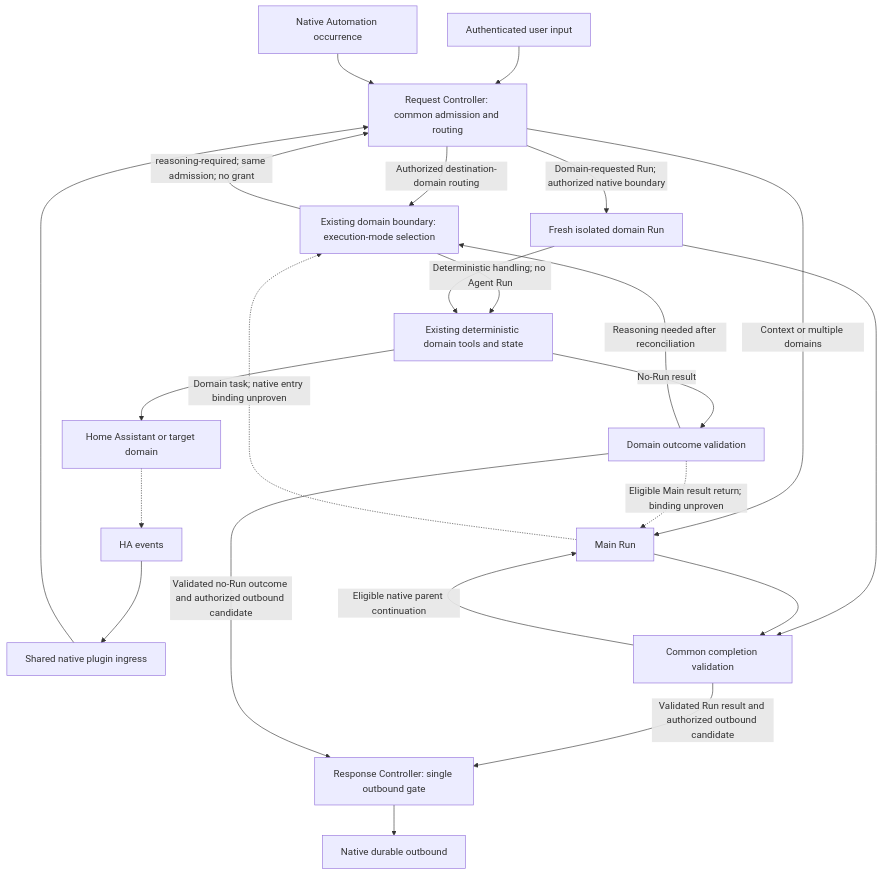
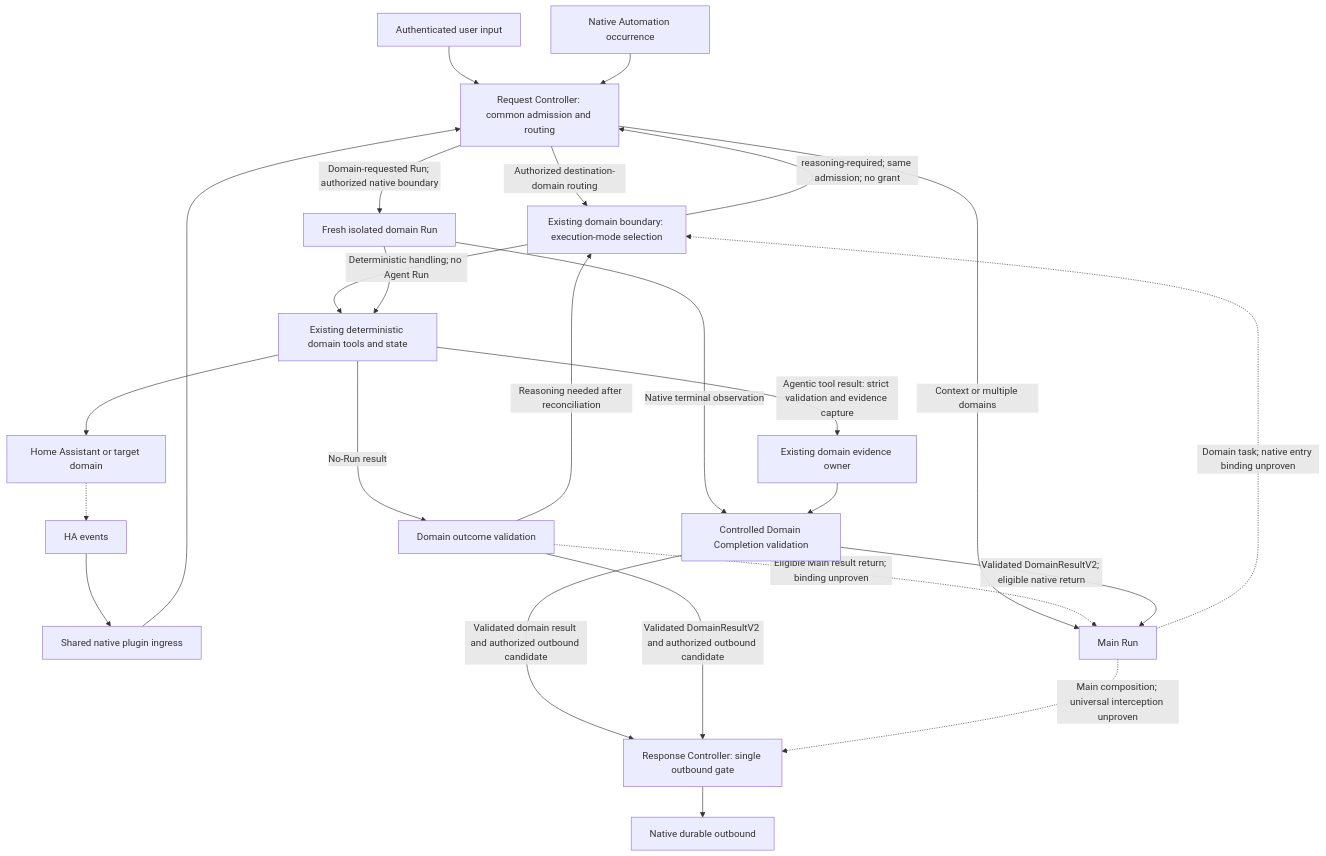
Before and after one commit to oilysheep/benson: the diagram in architecture/BENSON_SUBAGENT_ARCHITECTURE.md, drawn with Mermaid. The commit also changed other lines of this file and 2 other files, not shown here.

Commit message:
Refine Main and domain completion responsibilities

````diff
--- a/architecture/BENSON_SUBAGENT_ARCHITECTURE.md
+++ b/architecture/BENSON_SUBAGENT_ARCHITECTURE.md
@@ -63,25 +63,27 @@
 ```mermaid
 flowchart TD
     U[Authenticated user input] --> A[Request Controller: common admission and routing]
     H[HA events] --> I[Shared native plugin ingress]
     N[Native Automation occurrence] --> A
     I --> A
     A -->|Authorized destination-domain routing| B[Existing domain boundary: execution-mode selection]
     B -->|Deterministic handling; no Agent Run| X[Existing deterministic domain tools and state]
     B -->|reasoning-required; same admission; no grant| A
     V -->|Reasoning needed after reconciliation| B
     A -->|Domain-requested Run; authorized native boundary| D[Fresh isolated domain Run]
     A -->|Context or multiple domains| M[Main Run]
     M -.->|Domain task; native entry binding unproven| B
     D --> X
     X --> HA[Home Assistant or target domain]
     X -->|No-Run result| V[Domain outcome validation]
     V -.->|Eligible Main result return; binding unproven| M
-    D --> C[Common completion validation]
-    M --> C
-    C -->|Eligible native parent continuation| M
-    C -->|Validated Run result and authorized outbound candidate| R[Response Controller: single outbound gate]
-    V -->|Validated no-Run outcome and authorized outbound candidate| R
+    X -->|Agentic tool result: strict validation and evidence capture| E[Existing domain evidence owner]
+    D -->|Native terminal observation| C[Controlled Domain Completion validation]
+    E --> C
+    C -->|Validated DomainResultV2; eligible native return| M
+    C -->|Validated domain result and authorized outbound candidate| R[Response Controller: single outbound gate]
+    V -->|Validated DomainResultV2 and authorized outbound candidate| R
+    M -.->|Main composition; universal interception unproven| R
     R --> O[Native durable outbound]
     HA -.-> H
 ```
````
